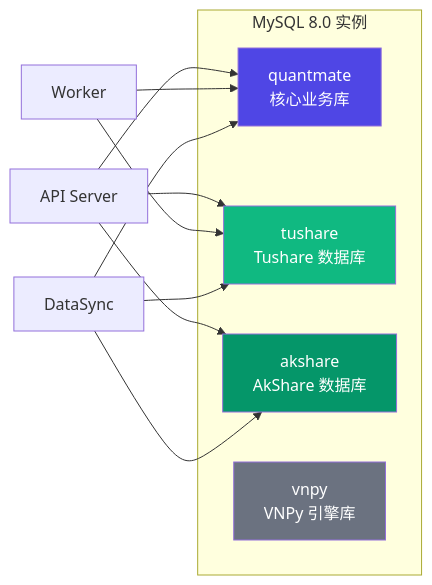
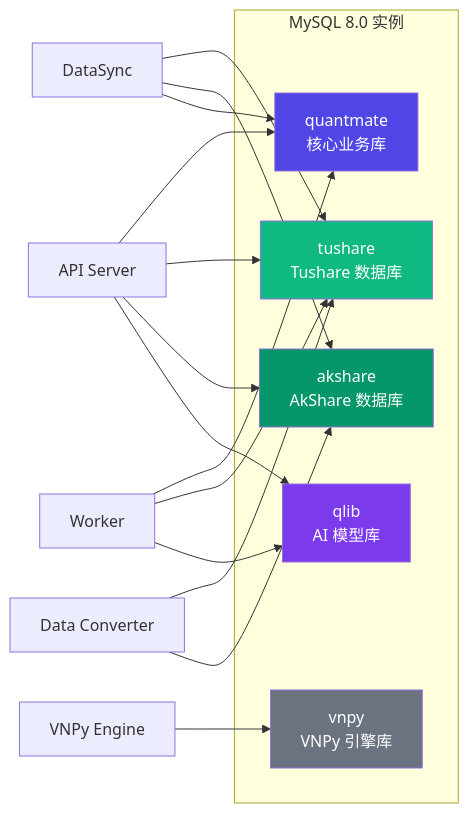
Before and after one commit to gitdshi/quantmate-docs: the eighth of 27 diagrams in architecture/DETAILED_ARCHITECTURE.md, drawn with Mermaid. The commit also changed other lines of this file and 21 other files, not shown here.

````diff
--- a/architecture/DETAILED_ARCHITECTURE.md
+++ b/architecture/DETAILED_ARCHITECTURE.md
@@ -921,23 +986,30 @@
 ```mermaid
 graph LR
     subgraph "MySQL 8.0 实例"
         QM["quantmate<br/>核心业务库"]
         TS["tushare<br/>Tushare 数据库"]
         AK["akshare<br/>AkShare 数据库"]
         VP["vnpy<br/>VNPy 引擎库"]
+        QL["qlib<br/>AI 模型库"]
     end
     
     API["API Server"] --> QM
     API --> TS
     API --> AK
+    API --> QL
     Worker["Worker"] --> QM
     Worker --> TS
+    Worker --> QL
     DS["DataSync"] --> TS
     DS --> AK
     DS --> QM
+    VNPy["VNPy Engine"] --> VP
+    Converter["Data Converter"] --> TS
+    Converter --> AK
     
     style QM fill:#4f46e5,color:#fff
     style TS fill:#10b981,color:#fff
     style AK fill:#059669,color:#fff
     style VP fill:#6b7280,color:#fff
+    style QL fill:#7c3aed,color:#fff
 ```
````
